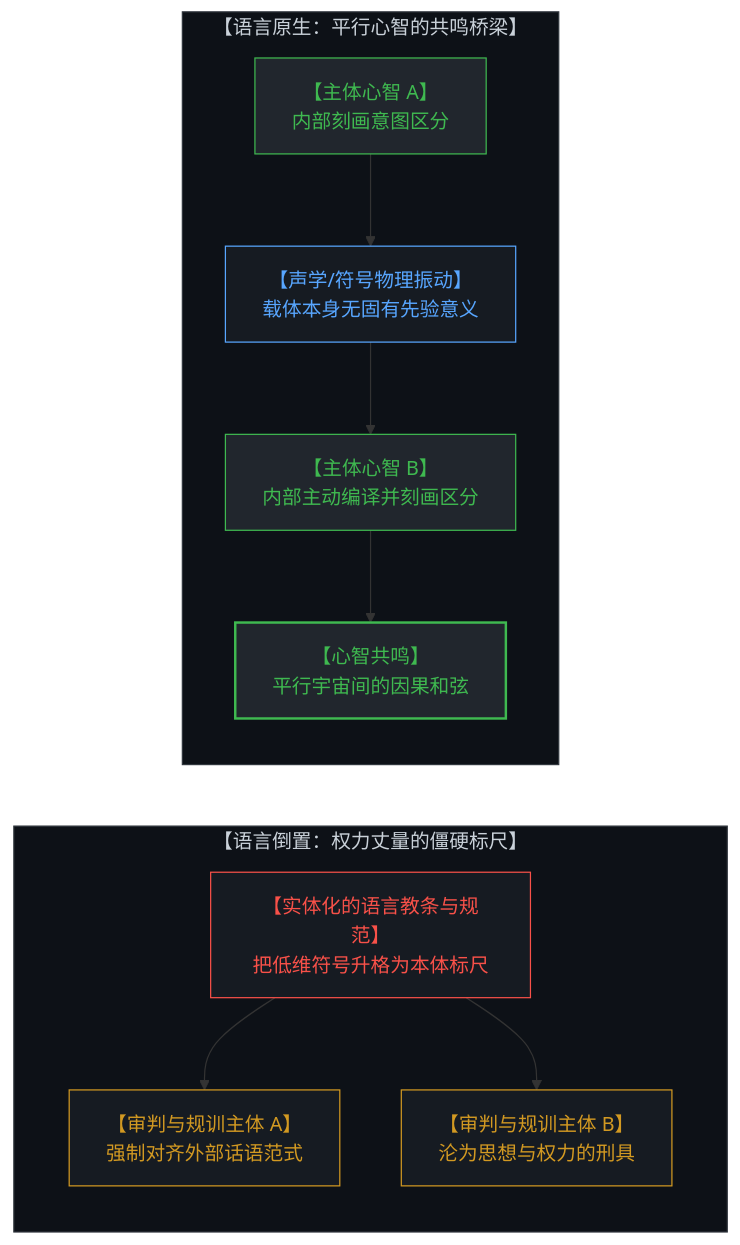
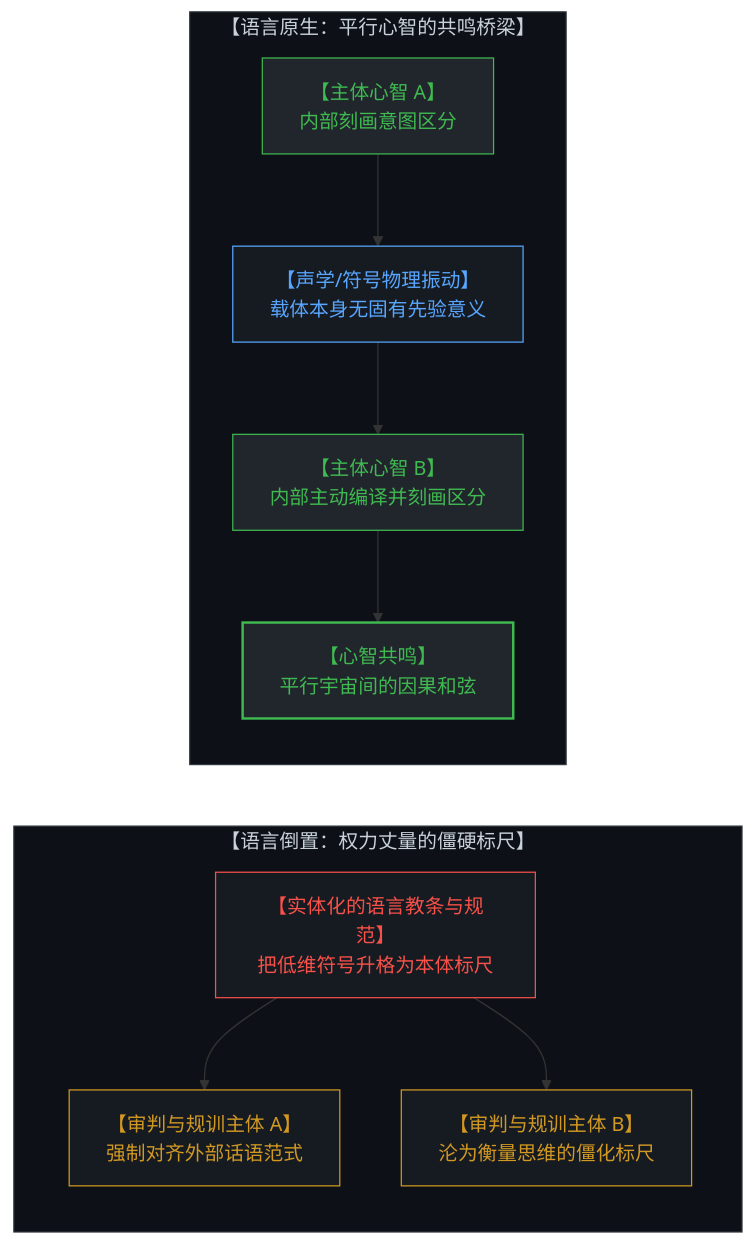
Before and after one commit to powerpig99/not-a-toe: the third of 16 diagrams in content/posts/the-dissolution-of-the-great-reversal.md, drawn with Mermaid. The commit also changed other lines of this file and 4 other files, not shown here.

````diff
--- a/content/posts/the-dissolution-of-the-great-reversal.md
+++ b/content/posts/the-dissolution-of-the-great-reversal.md
@@ -99,34 +99,34 @@
 ```mermaid
 graph TD
     subgraph NativeBridge["【语言原生：平行心智的共鸣桥梁】"]
         direction TB
         MindA["【主体心智 A】<br>内部刻画意图区分"]
         PhysicalVibration["【声学/符号物理振动】<br>载体本身无固有先验意义"]
         MindB["【主体心智 B】<br>内部主动编译并刻画区分"]
         Resonance["【心智共鸣】<br>平行宇宙间的因果和弦"]
         MindA --> PhysicalVibration
         PhysicalVibration --> MindB
         MindB --> Resonance
     end
 
     subgraph ReifiedRuler["【语言倒置：权力丈量的僵硬标尺】"]
         direction TB
         ReifiedGrammar["【实体化的语言教条与规范】<br>把低维符号升格为本体标尺"]
         PolicingA["【审判与规训主体 A】<br>强制对齐外部话语范式"]
-        PolicingB["【审判与规训主体 B】<br>沦为思想与权力的刑具"]
+        PolicingB["【审判与规训主体 B】<br>沦为衡量思维的僵化标尺"]
         ReifiedGrammar --> PolicingA
         ReifiedGrammar --> PolicingB
     end
 
     Resonance ~~~ ReifiedGrammar
 
     style NativeBridge fill:#0d1117,stroke:#30363d,stroke-width:1px,color:#c9d1d9
     style MindA fill:#21262d,stroke:#3fb950,stroke-width:1px,color:#3fb950
     style PhysicalVibration fill:#161b22,stroke:#58a6ff,stroke-width:1px,color:#58a6ff
     style MindB fill:#21262d,stroke:#3fb950,stroke-width:1px,color:#3fb950
     style Resonance fill:#21262d,stroke:#3fb950,stroke-width:2px,color:#3fb950
     style ReifiedRuler fill:#0d1117,stroke:#30363d,stroke-width:1px,color:#c9d1d9
     style ReifiedGrammar fill:#161b22,stroke:#f85149,stroke-width:1px,color:#f85149
     style PolicingA fill:#161b22,stroke:#d29922,stroke-width:1px,color:#d29922
     style PolicingB fill:#161b22,stroke:#d29922,stroke-width:1px,color:#d29922
 ```
````
